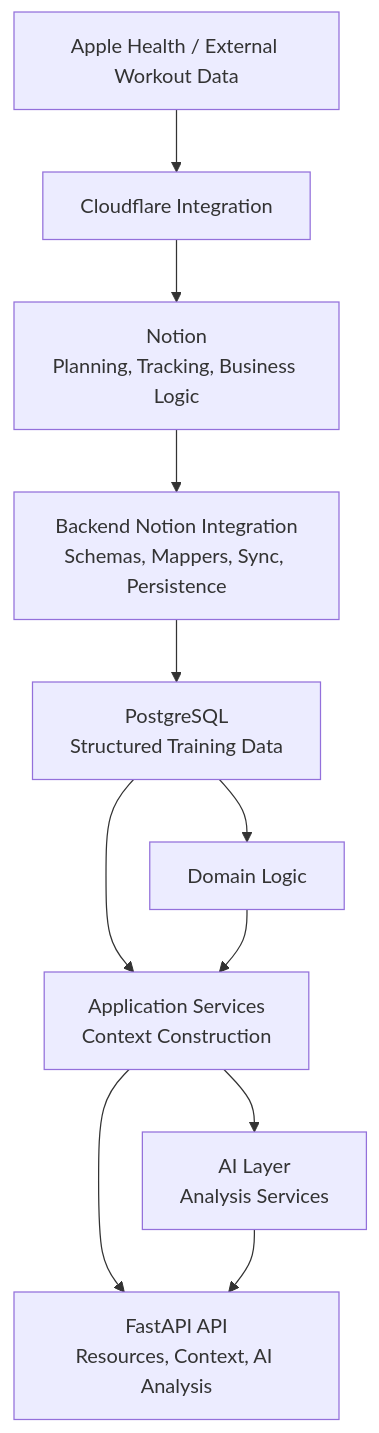
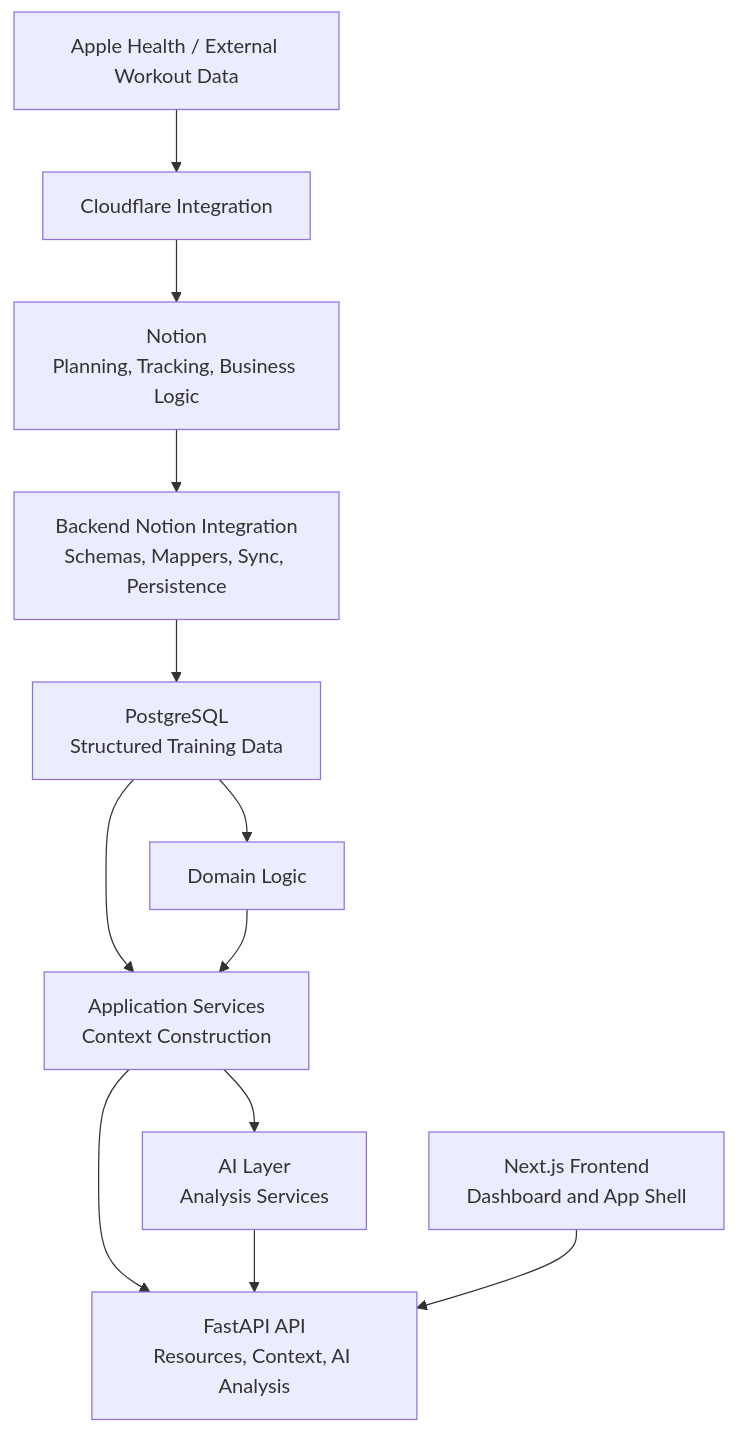
Before and after one commit to Leondaniel2202/ldk-athlete-ai-coach: the first of 2 diagrams in docs/architecture/current-architecture.md, drawn with Mermaid. The commit also changed other lines of this file and 27 other files, not shown here.

First line of the commit message:
feat: create initial frontend app shell with dashboard and related components

````diff
--- a/docs/architecture/current-architecture.md
+++ b/docs/architecture/current-architecture.md
@@ -83,25 +99,27 @@
 ```mermaid
 
 flowchart TD
     A[Apple Health / External Workout Data]
     B[Cloudflare Integration]
     C[Notion<br/>Planning, Tracking, Business Logic]
     D[Backend Notion Integration<br/>Schemas, Mappers, Sync, Persistence]
     E[PostgreSQL<br/>Structured Training Data]
     F[Application Services<br/>Context Construction]
     G[Domain Logic]
     H[FastAPI API<br/>Resources, Context, AI Analysis]
     I[AI Layer<br/>Analysis Services]
+    J[Next.js Frontend<br/>Dashboard and App Shell]
 
     A --> B
     B --> C
     C --> D
     D --> E
     E --> F
     E --> G
     G --> F
     F --> H
     F --> I
     I --> H
+    J --> H
 
 ```
````
